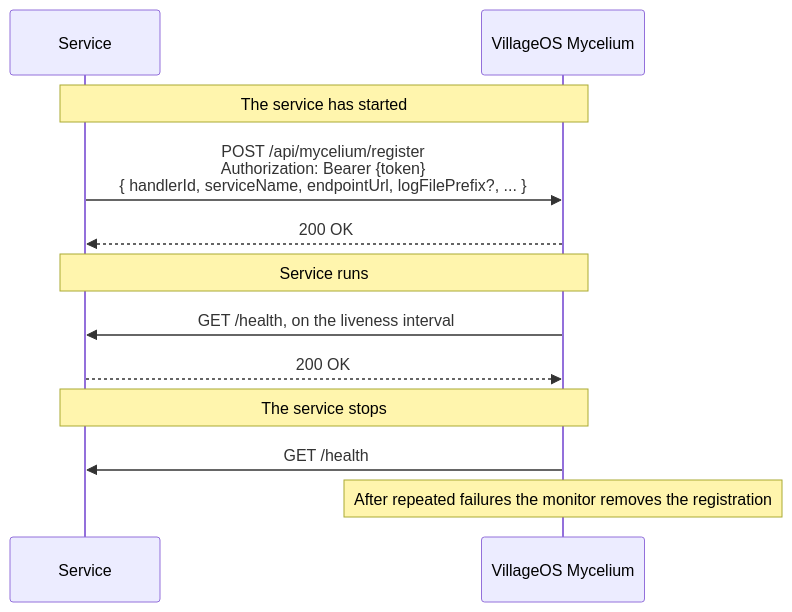
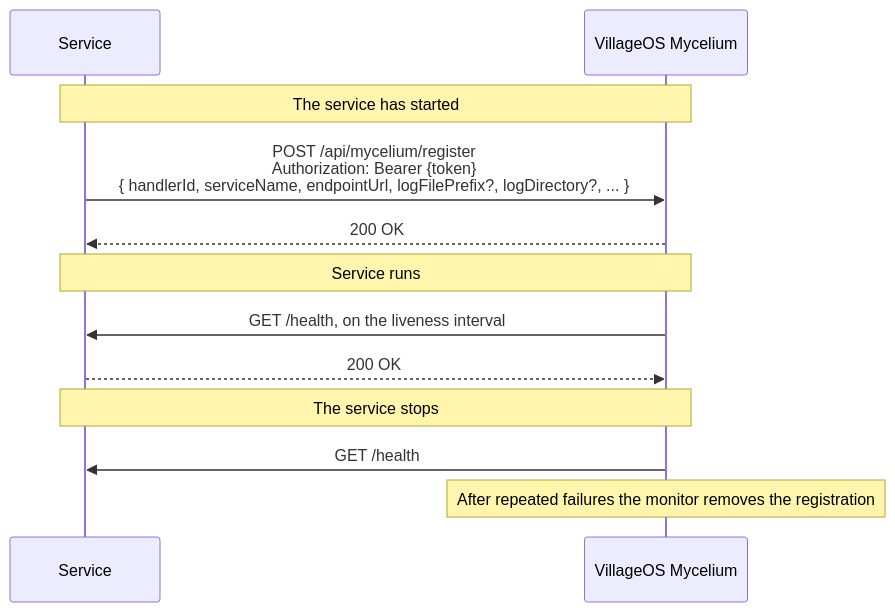
Before and after one commit to ReGen-Villages/VillageOS-API: the first of 3 diagrams in docs/SERVICES.md, drawn with Mermaid. The commit also changed other lines of this file and 12 other files, not shown here.

````diff
--- a/docs/SERVICES.md
+++ b/docs/SERVICES.md
@@ -256,17 +263,17 @@
 ```mermaid
 sequenceDiagram
     participant MS as Service
     participant B  as VillageOS Mycelium
 
     Note over MS,B: The service has started
-    MS->>B: POST /api/mycelium/register<br/>Authorization: Bearer {token}<br/>{ handlerId, serviceName, endpointUrl, logFilePrefix?, ... }
+    MS->>B: POST /api/mycelium/register<br/>Authorization: Bearer {token}<br/>{ handlerId, serviceName, endpointUrl, logFilePrefix?, logDirectory?, ... }
     B-->>MS: 200 OK
 
     Note over MS,B: Service runs
     B->>MS: GET /health, on the liveness interval
     MS-->>B: 200 OK
 
     Note over MS,B: The service stops
     B->>MS: GET /health
     Note over B: After repeated failures the monitor removes the registration
 ```
````
